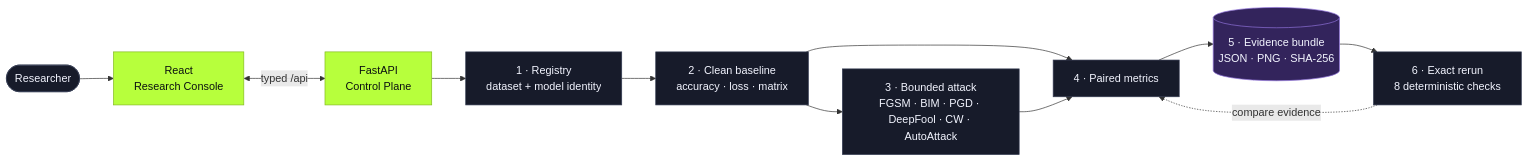
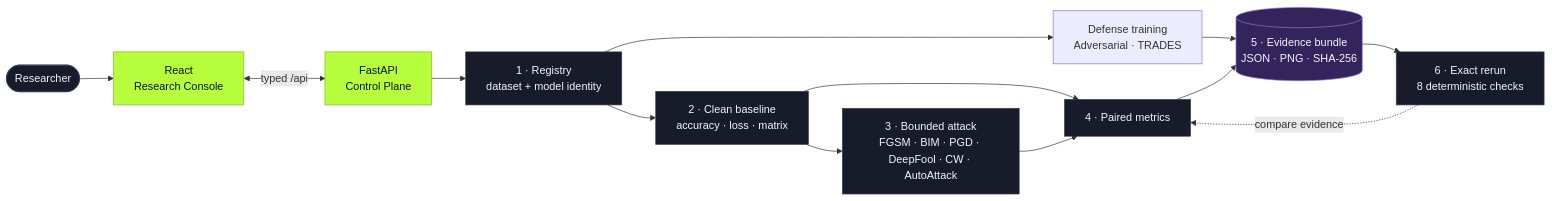
One commit to MintKangaroo/AIShield changed the first of 3 diagrams in README.md. Above: the diagram before and after it, drawn with Mermaid. The commit also changed other lines of this file and 11 other files, not shown here.

Commit message:
feat: add adversarial training and trades evidence

````diff
--- a/README.md
+++ b/README.md
@@ -41,21 +41,23 @@
 ```mermaid
 flowchart LR
     USER(["Researcher"]) --> UI["React<br/>Research Console"]
     UI <-->|"typed /api"| API["FastAPI<br/>Control Plane"]
 
     API --> REG["1 · Registry<br/>dataset + model identity"]
     REG --> BASE["2 · Clean baseline<br/>accuracy · loss · matrix"]
     BASE --> ATTACK["3 · Bounded attack<br/>FGSM · BIM · PGD · DeepFool · CW · AutoAttack"]
+    REG --> TRAIN["Defense training<br/>Adversarial · TRADES"]
     BASE --> COMPARE["4 · Paired metrics"]
     ATTACK --> COMPARE
+    TRAIN --> EVIDENCE
     COMPARE --> EVIDENCE[("5 · Evidence bundle<br/>JSON · PNG · SHA-256")]
     EVIDENCE --> VERIFY["6 · Exact rerun<br/>8 deterministic checks"]
     VERIFY -.->|"compare evidence"| COMPARE
 
     classDef primary fill:#b7ff3c,stroke:#82b91f,color:#0b1110;
     classDef surface fill:#171b2a,stroke:#343b52,color:#f3f5ff;
     classDef evidence fill:#33245c,stroke:#8f72da,color:#f3f5ff;
     class USER,REG,BASE,ATTACK,COMPARE,VERIFY surface;
     class UI,API primary;
     class EVIDENCE evidence;
 ```
````
